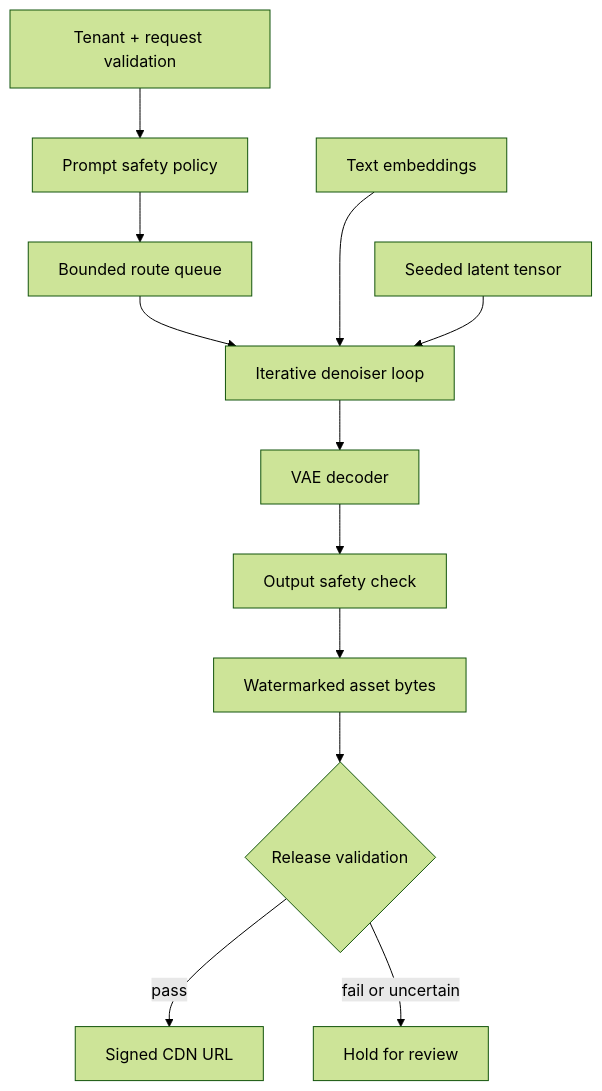
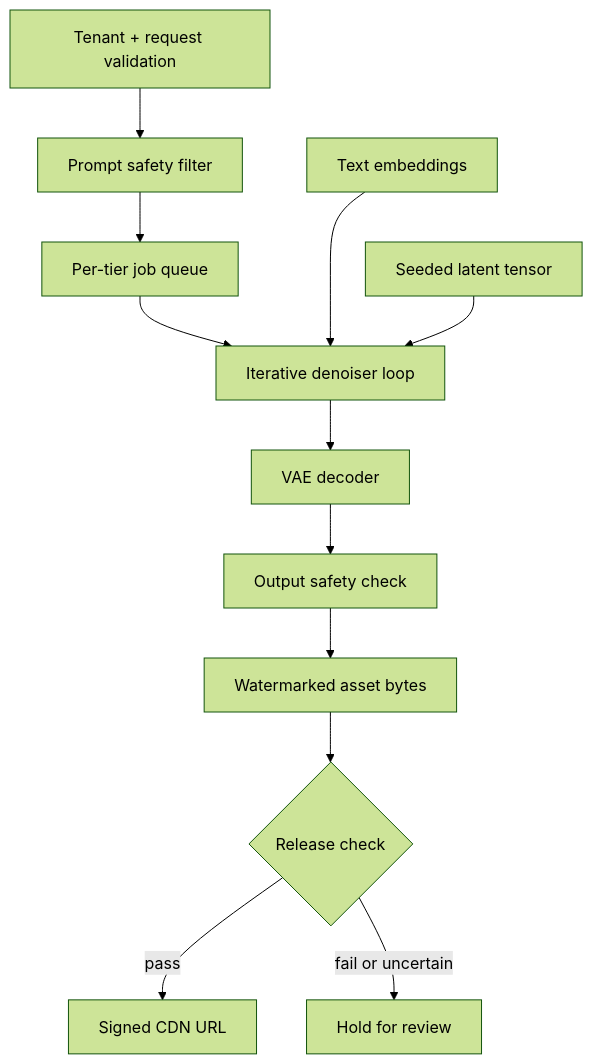
Before and after one commit to bvolpato/leetllm: the first of 2 diagrams in web/src/content/system-design/image-generation-diffusion-models/content.md, drawn with Mermaid (forest theme). The commit also changed other lines of this file and 23 other files, not shown here.

````diff
--- a/web/src/content/system-design/image-generation-diffusion-models/content.md
+++ b/web/src/content/system-design/image-generation-diffusion-models/content.md
@@ -87,15 +92,15 @@
 ```mermaid
 flowchart TB
-    A["Tenant + request validation"]:::muted --> B["Prompt safety policy"]:::secondary
-    B --> C["Bounded route queue"]:::primary
+    A["Tenant + request validation"]:::muted --> B["Prompt safety filter"]:::secondary
+    B --> C["Per-tier job queue"]:::primary
     C --> F["Iterative denoiser loop"]:::primary
     D["Text embeddings"]:::secondary --> F
     E["Seeded latent tensor"]:::accent --> F
     D ~~~ E
     F --> G["VAE decoder"]:::secondary
     G --> H["Output safety check"]:::warning
     H --> I["Watermarked asset bytes"]:::accent
-    I --> J{"Release validation"}:::warning
+    I --> J{"Release check"}:::warning
     J -->|pass| K["Signed CDN URL"]:::success
     J -->|fail or uncertain| L["Hold for review"]:::danger
 ```
````
